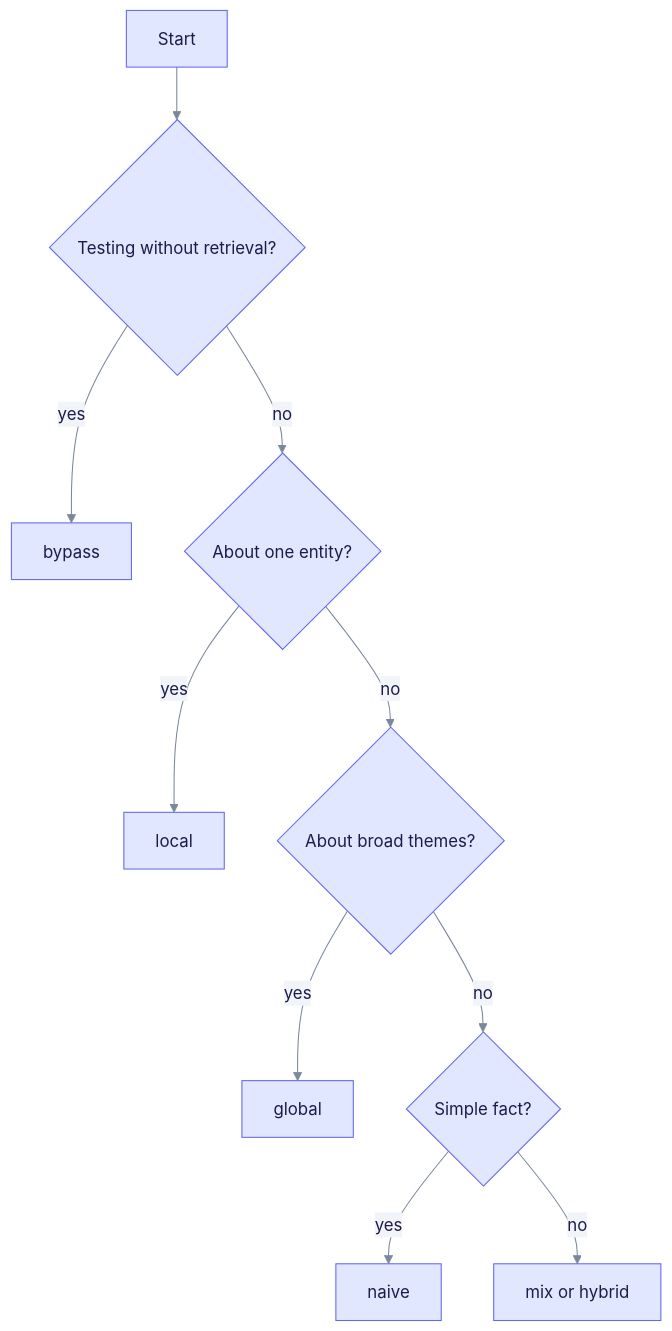
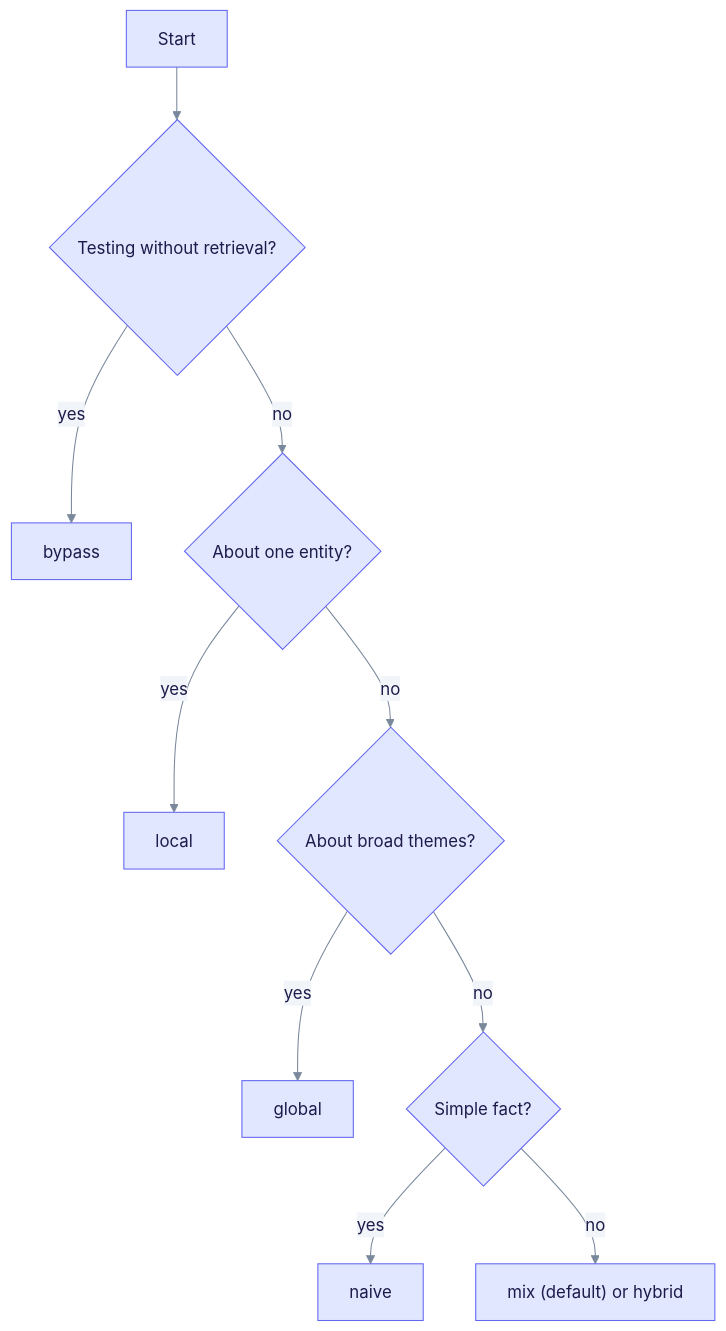
One commit to raphaelmansuy/edgequake changed the second of 2 diagrams in docs/concepts/hybrid-retrieval.md. Above: the diagram before and after it, drawn with Mermaid. The commit also changed other lines of this file and 194 other files, not shown here.

First line of the commit message:
Refresh docs against code and rebuild schema E/R as progressive steps

````diff
--- a/docs/concepts/hybrid-retrieval.md
+++ b/docs/concepts/hybrid-retrieval.md
@@ -65,14 +70,14 @@
 ```mermaid
 %%{init: {"theme":"base","themeVariables":{"primaryColor":"#E0E7FF","primaryBorderColor":"#6366F1","primaryTextColor":"#1E1B4B","secondaryColor":"#D1FAE5","secondaryBorderColor":"#10B981","secondaryTextColor":"#064E3B","tertiaryColor":"#FEF3C7","tertiaryBorderColor":"#F59E0B","tertiaryTextColor":"#6B7A90","lineColor":"#7A889C","clusterBkg":"rgba(99,102,241,0.07)","clusterBorder":"#A5B4FC","noteBkgColor":"#FEF9C3","noteTextColor":"#422006","textColor":"#6B7A90","titleColor":"#6B7A90","signalColor":"#7A889C","signalTextColor":"#6B7A90","loopTextColor":"#6B7A90","edgeLabelBackground":"#F1F5F9","actorLineColor":"#94A3B8"}}}%%
 %% eq-theme:v1
 flowchart TD
     A["Start"] --> B{"Testing without retrieval?"}
     B -->|yes| BY["bypass"]
     B -->|no| C{"About one entity?"}
     C -->|yes| LO["local"]
     C -->|no| D{"About broad themes?"}
     D -->|yes| GL["global"]
     D -->|no| E{"Simple fact?"}
     E -->|yes| NA["naive"]
-    E -->|no| MX["mix or hybrid"]
+    E -->|no| MX["mix (default) or hybrid"]
 ```
````
